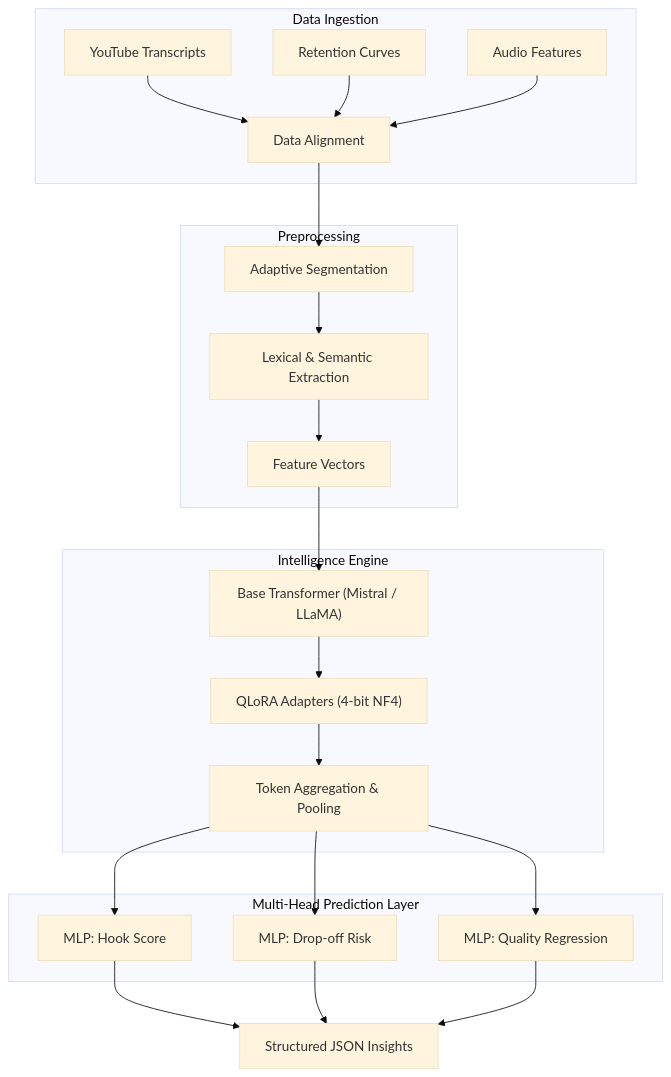
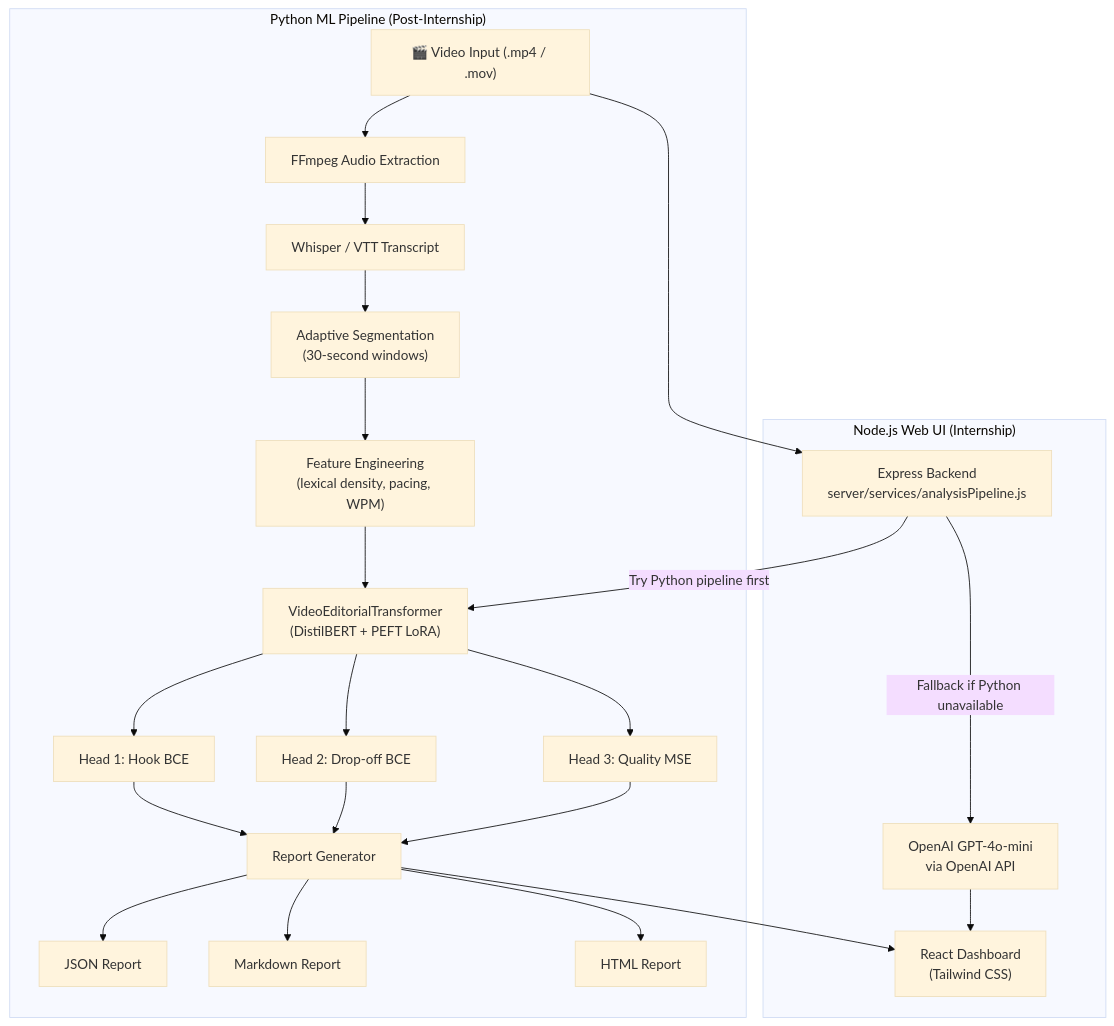
Before and after one commit to Nabilhassan12345/video-editorial-intelligence: the first of 3 diagrams in README.md, drawn with Mermaid (base theme). The commit also changed other lines of this file and 78 other files, not shown here.

First line of the commit message:
Add Python ML pipeline, leakage-free evaluation, Node bridge, Azure tooling and docs

````diff
--- a/README.md
+++ b/README.md
@@ -19,30 +41,29 @@
 ```mermaid
-graph TD
-    subgraph Data Ingestion
-        A[YouTube Transcripts] --> B[Data Alignment]
-        C[Retention Curves] --> B
-        D[Audio Features] --> B
+flowchart TD
+    A["🎬 Video Input (.mp4 / .mov)"]
+
+    subgraph "Python ML Pipeline (Post-Internship)"
+        A --> B["FFmpeg Audio Extraction"]
+        B --> C["Whisper / VTT Transcript"]
+        C --> D["Adaptive Segmentation\n(30-second windows)"]
+        D --> E["Feature Engineering\n(lexical density, pacing, WPM)"]
+        E --> F["VideoEditorialTransformer\n(DistilBERT + PEFT LoRA)"]
+        F --> G1["Head 1: Hook BCE"]
+        F --> G2["Head 2: Drop-off BCE"]
+        F --> G3["Head 3: Quality MSE"]
+        G1 --> H["Report Generator"]
+        G2 --> H
+        G3 --> H
+        H --> I1["JSON Report"]
+        H --> I2["Markdown Report"]
+        H --> I3["HTML Report"]
     end
 
-    subgraph Preprocessing
-        B --> E[Adaptive Segmentation]
-        E --> F[Lexical & Semantic Extraction]
-        F --> G[Feature Vectors]
+    subgraph "Node.js Web UI (Internship)"
+        A --> J["Express Backend\nserver/services/analysisPipeline.js"]
+        J -->|"Try Python pipeline first"| F
+        J -->|"Fallback if Python unavailable"| K["OpenAI GPT-4o-mini\nvia OpenAI API"]
+        K --> L["React Dashboard\n(Tailwind CSS)"]
+        H --> L
     end
-
-    subgraph Intelligence Engine
-        G --> H["Base Transformer (Mistral / LLaMA)"]
-        H --> I["QLoRA Adapters (4-bit NF4)"]
-        I --> J["Token Aggregation & Pooling"]
-    end
-
-    subgraph Multi-Head Prediction Layer
-        J --> K[MLP: Hook Score]
-        J --> L[MLP: Drop-off Risk]
-        J --> M[MLP: Quality Regression]
-    end
-
-    K --> N[Structured JSON Insights]
-    L --> N
-    M --> N
 ```
````
